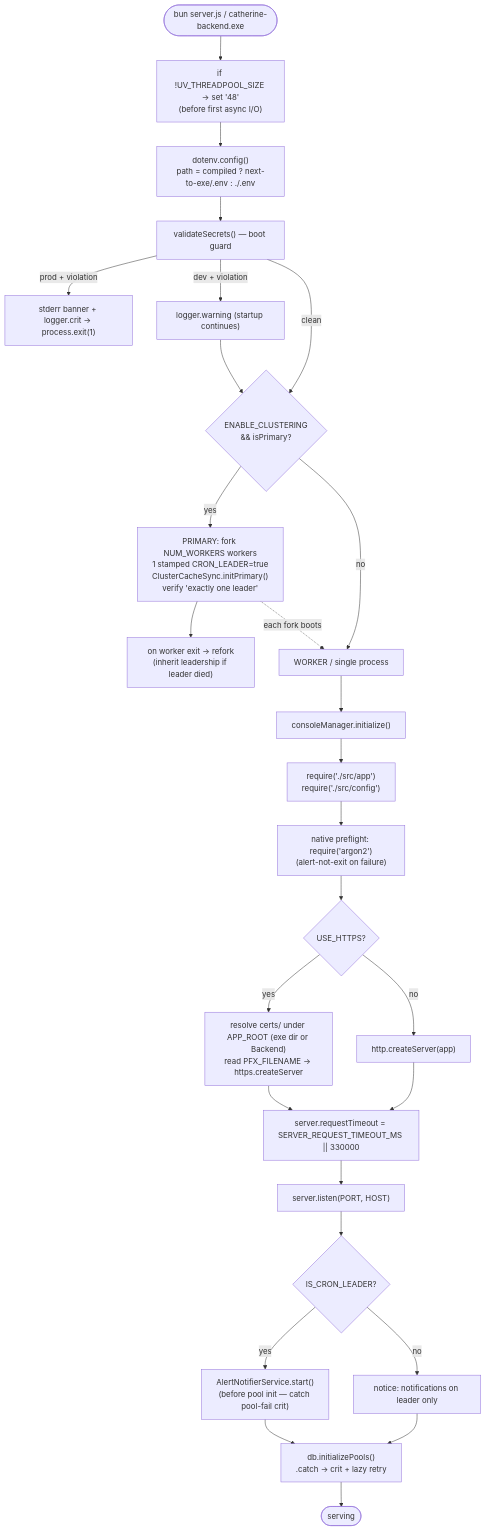
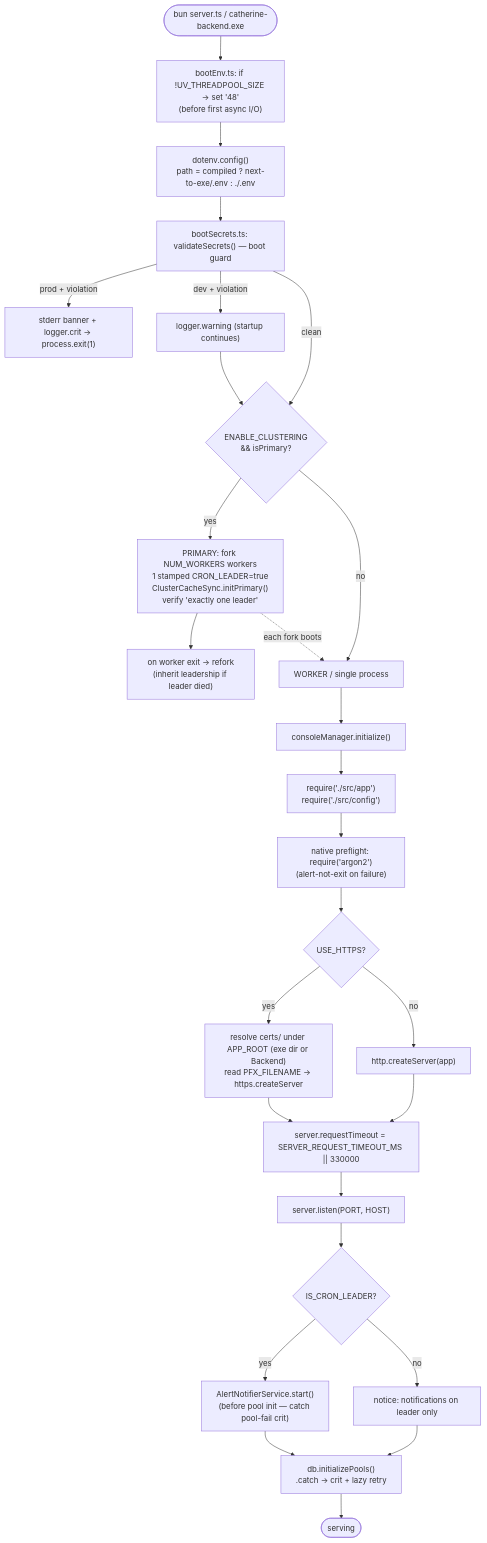
One commit to Jm-Paunlagui/CATHERINE changed the first of 2 diagrams in docs/features/boot-config-and-build.md. Above: the diagram before and after it, drawn with Mermaid. The commit also changed other lines of this file and 341 other files, not shown here.

First line of the commit message:
refactor(backend): convert server and src to ES modules

````diff
--- a/docs/features/boot-config-and-build.md
+++ b/docs/features/boot-config-and-build.md
@@ -28,32 +30,32 @@
 ```mermaid
 flowchart TD
-    start(["bun server.js / catherine-backend.exe"]) --> uv["if !UV_THREADPOOL_SIZE → set '48'<br/>(before first async I/O)"]
+    start(["bun server.ts / catherine-backend.exe"]) --> uv["bootEnv.ts: if !UV_THREADPOOL_SIZE → set '48'<br/>(before first async I/O)"]
     uv --> env["dotenv.config()<br/>path = compiled ? next-to-exe/.env : ./.env"]
-    env --> guard["validateSecrets() — boot guard"]
+    env --> guard["bootSecrets.ts: validateSecrets() — boot guard"]
     guard -->|"prod + violation"| exit1["stderr banner + logger.crit → process.exit(1)"]
     guard -->|"dev + violation"| warn["logger.warning (startup continues)"]
     guard -->|"clean"| clusterQ{"ENABLE_CLUSTERING<br/>&& isPrimary?"}
     warn --> clusterQ
 
     clusterQ -->|"yes"| primary["PRIMARY: fork NUM_WORKERS workers<br/>1 stamped CRON_LEADER=true<br/>ClusterCacheSync.initPrimary()<br/>verify 'exactly one leader'"]
     primary --> respawn["on worker exit → refork<br/>(inherit leadership if leader died)"]
 
     clusterQ -->|"no"| worker["WORKER / single process"]
     primary -.->|"each fork boots"| worker
 
     worker --> console["consoleManager.initialize()"]
     console --> reqapp["require('./src/app')<br/>require('./src/config')"]
     reqapp --> preflight["native preflight: require('argon2')<br/>(alert-not-exit on failure)"]
     preflight --> httpsQ{"USE_HTTPS?"}
     httpsQ -->|"yes"| pfx["resolve certs/ under APP_ROOT (exe dir or Backend)<br/>read PFX_FILENAME → https.createServer"]
     httpsQ -->|"no"| http["http.createServer(app)"]
     pfx --> timeout["server.requestTimeout = SERVER_REQUEST_TIMEOUT_MS || 330000"]
     http --> timeout
     timeout --> listen["server.listen(PORT, HOST)"]
     listen --> leaderQ{"IS_CRON_LEADER?"}
     leaderQ -->|"yes"| notifier["AlertNotifierService.start()<br/>(before pool init — catch pool-fail crit)"]
     leaderQ -->|"no"| skip["notice: notifications on leader only"]
     notifier --> pools["db.initializePools()<br/>.catch → crit + lazy retry"]
     skip --> pools
     pools --> ready(["serving"])
 ```
````
